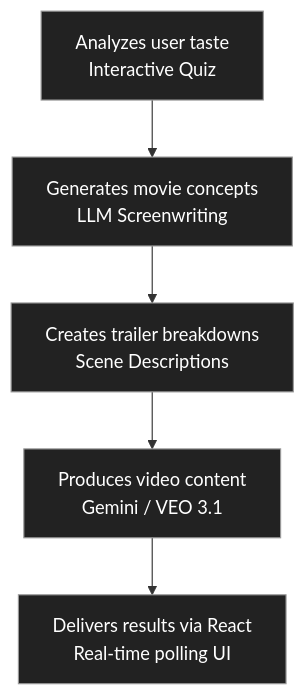
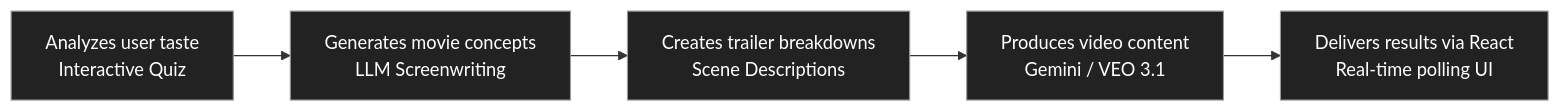
One commit to WenyiJin2003/Fama-French-Three-Factor-Model changed the diagram in README.md. Above: the diagram before and after it, drawn with Mermaid.

Commit message:
Update README with FF 3 Factor Model explanation
Clarify the purpose of the Fama-French model in the README.

````diff
--- a/README.md
+++ b/README.md
@@ -3,14 +3,14 @@
 ```mermaid
-flowchart TD
+flowchart LR
 
     A[Analyzes user taste<br/>Interactive Quiz] --> B[Generates movie concepts<br/>LLM Screenwriting]
     B --> C[Creates trailer breakdowns<br/>Scene Descriptions]
     C --> D[Produces video content<br/>Gemini / VEO 3.1]
     D --> E[Delivers results via React<br/>Real-time polling UI]
 
     style A fill:#222,color:#fff,stroke:#999
     style B fill:#222,color:#fff,stroke:#999
     style C fill:#222,color:#fff,stroke:#999
     style D fill:#222,color:#fff,stroke:#999
     style E fill:#222,color:#fff,stroke:#999
 ```
````
